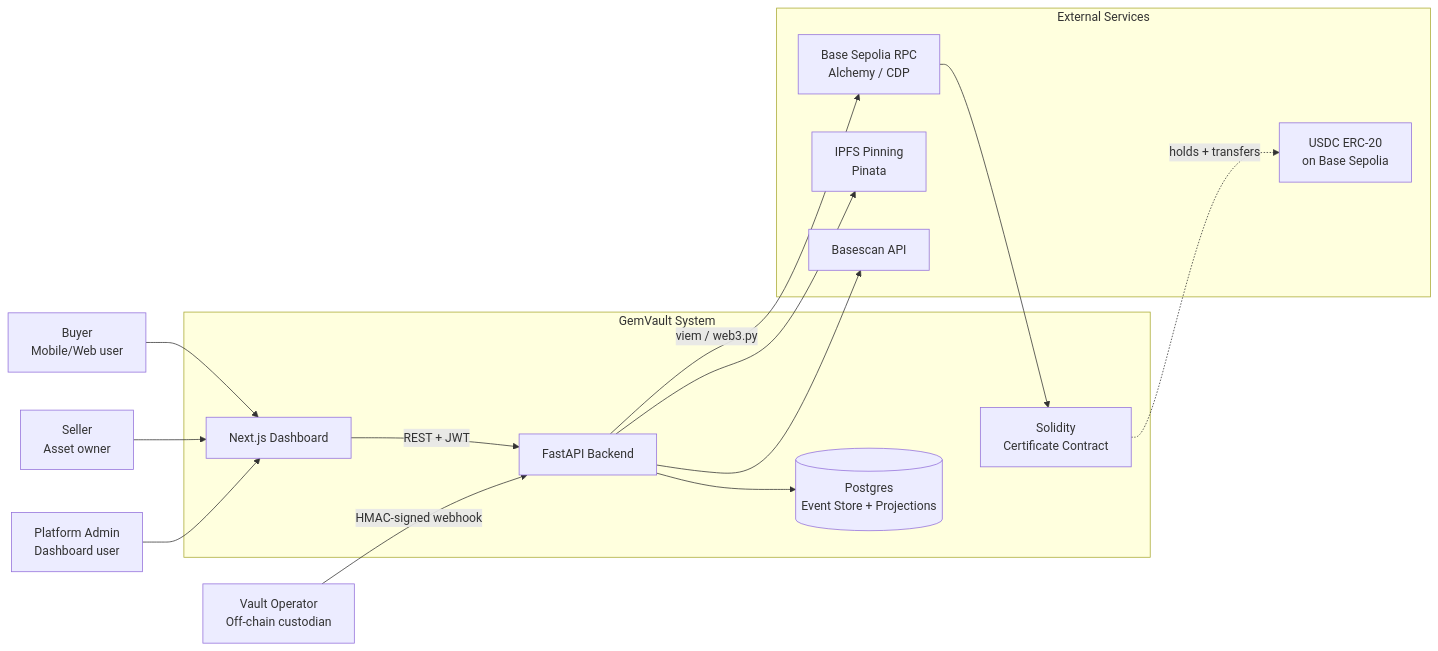
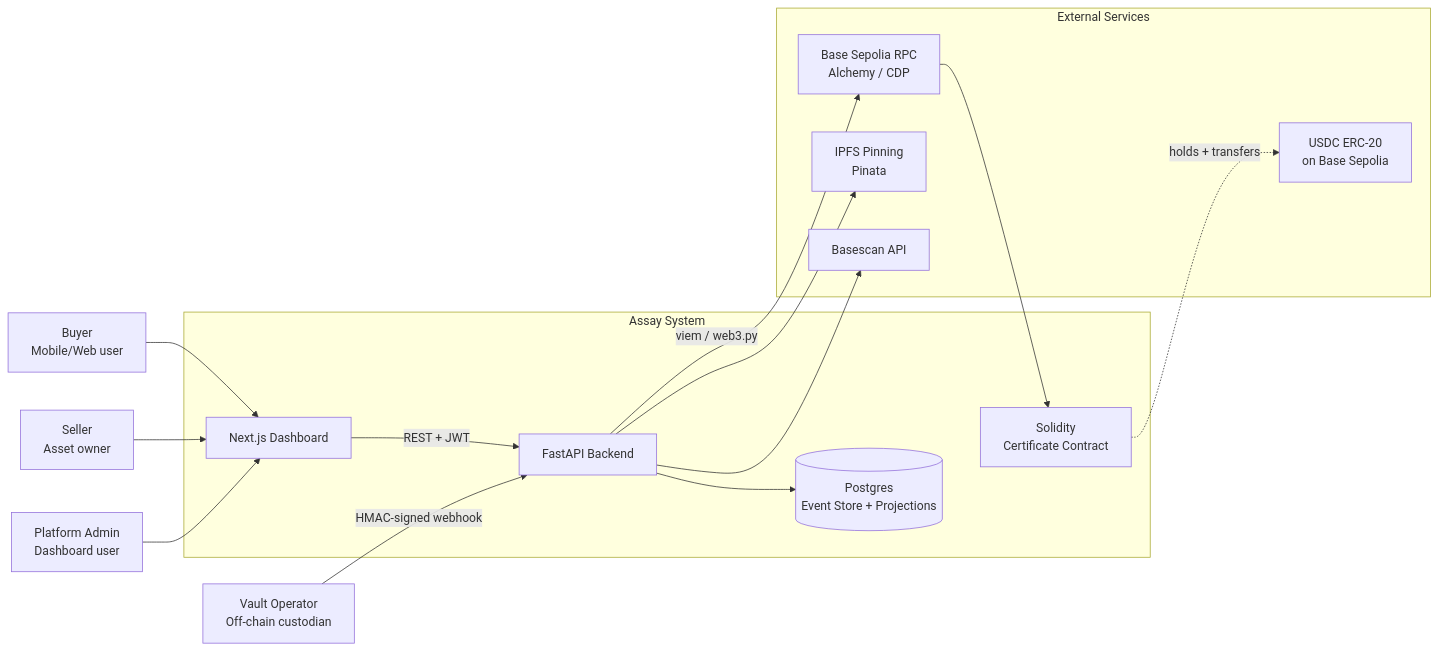
The first of 3 diagrams in docs/ARCHITECTURE.md (soneeee22000/gemvault), drawn with Mermaid before and after one commit. The commit also changed other lines of this file and 83 other files, not shown here.

First line of the commit message:
refactor: rename GemVault to Assay, re-theme to vaulted precious metals

````diff
--- a/docs/ARCHITECTURE.md
+++ b/docs/ARCHITECTURE.md
@@ -11,33 +11,33 @@
 ```mermaid
 flowchart LR
     Buyer[Buyer<br/>Mobile/Web user]
     Seller[Seller<br/>Asset owner]
     Vault[Vault Operator<br/>Off-chain custodian]
     Admin[Platform Admin<br/>Dashboard user]
 
-    subgraph GemVault[GemVault System]
+    subgraph Assay[Assay System]
         Frontend[Next.js Dashboard]
         Backend[FastAPI Backend]
         DB[(Postgres<br/>Event Store + Projections)]
         Contracts[Solidity<br/>Certificate Contract]
     end
 
     subgraph External[External Services]
         Base[Base Sepolia RPC<br/>Alchemy / CDP]
         IPFS[IPFS Pinning<br/>Pinata]
         Basescan[Basescan API]
         USDC[USDC ERC-20<br/>on Base Sepolia]
     end
 
     Buyer --> Frontend
     Seller --> Frontend
     Admin --> Frontend
     Frontend -->|REST + JWT| Backend
     Vault -->|HMAC-signed webhook| Backend
     Backend --> DB
     Backend -->|viem / web3.py| Base
     Backend --> IPFS
     Backend --> Basescan
     Base --> Contracts
     Contracts -.->|holds + transfers| USDC
 ```
````
